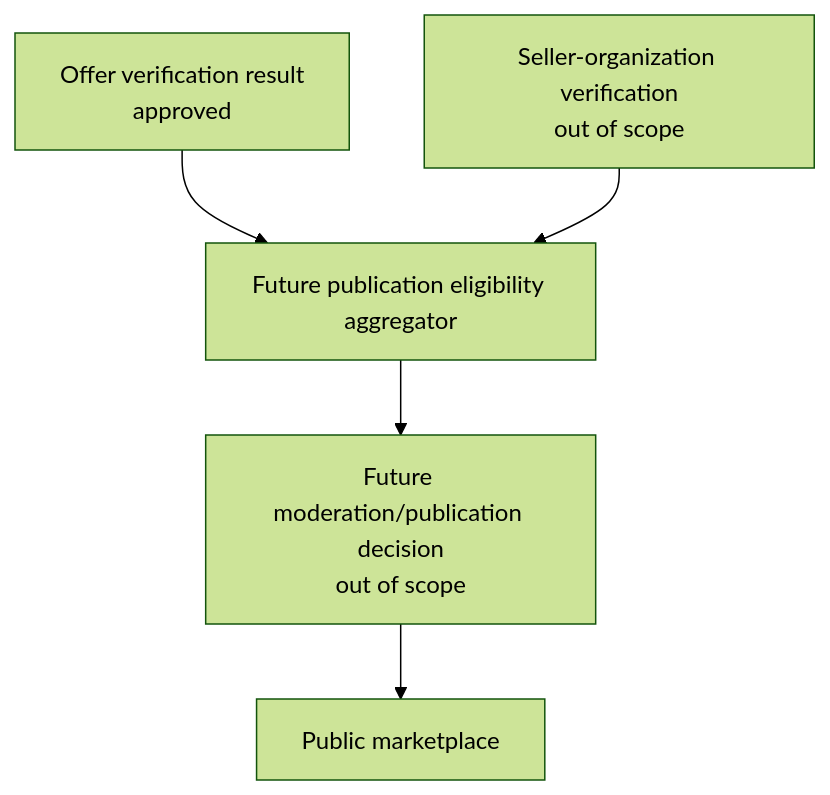
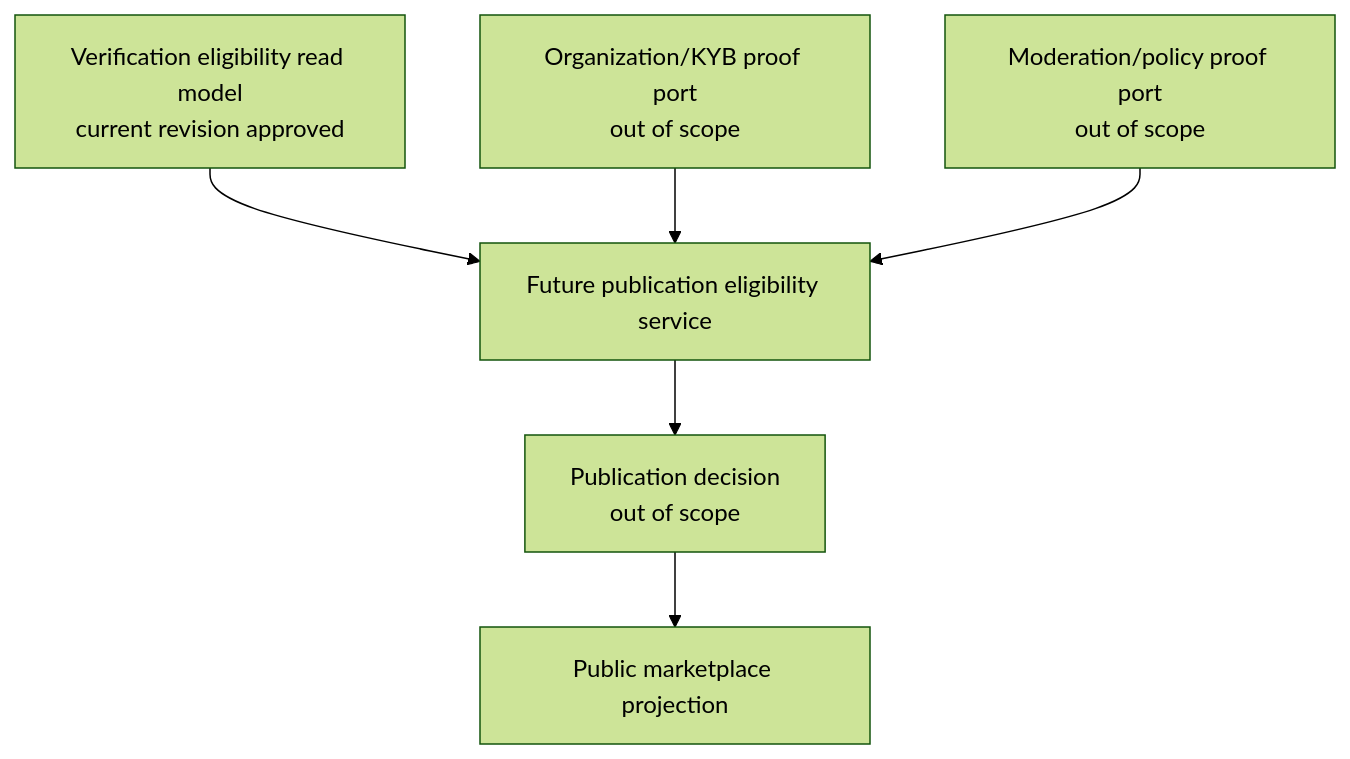
One commit to Mohed68/tutela-trading-platform changed the sixth of 7 diagrams in docs/recovery/phase-6a/verification-engine-architecture-specification.md. Above: the diagram before and after it, drawn with Mermaid (forest theme). The commit also changed other lines of this file, not shown here.

Commit message:
docs: complete Phase 6A verification architecture

````diff
--- a/docs/recovery/phase-6a/verification-engine-architecture-specification.md
+++ b/docs/recovery/phase-6a/verification-engine-architecture-specification.md
@@ -580,7 +860,8 @@
 ```mermaid
 flowchart TD
-    A["Offer verification result<br/>approved"] --> C["Future publication eligibility aggregator"]
-    B["Seller-organization verification<br/>out of scope"] --> C
-    C --> D["Future moderation/publication decision<br/>out of scope"]
-    D --> E["Public marketplace"]
+    A["Verification eligibility read model<br/>current revision approved"] --> D["Future publication eligibility service"]
+    B["Organization/KYB proof port<br/>out of scope"] --> D
+    C["Moderation/policy proof port<br/>out of scope"] --> D
+    D --> E["Publication decision<br/>out of scope"]
+    E --> F["Public marketplace projection"]
 ```
````
